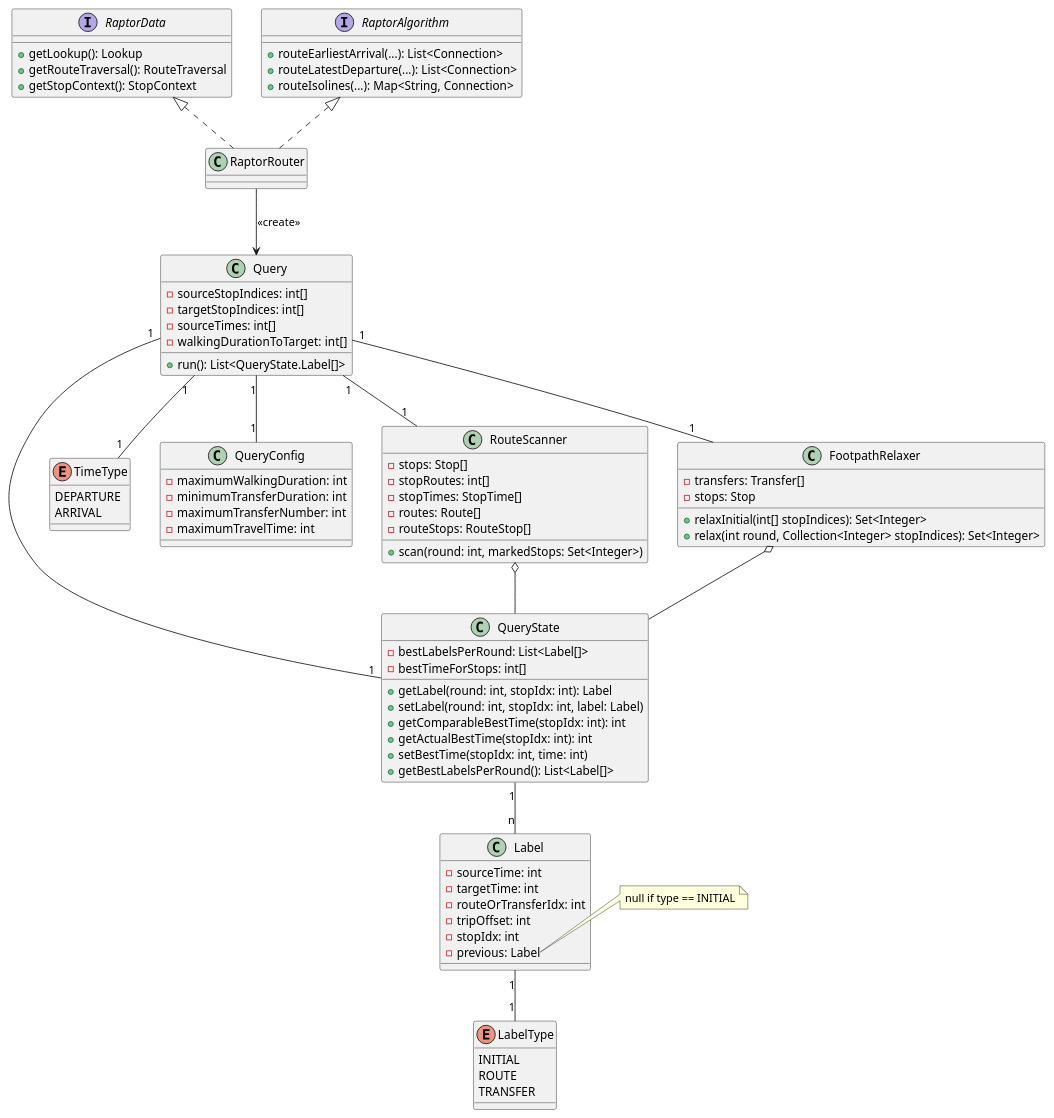
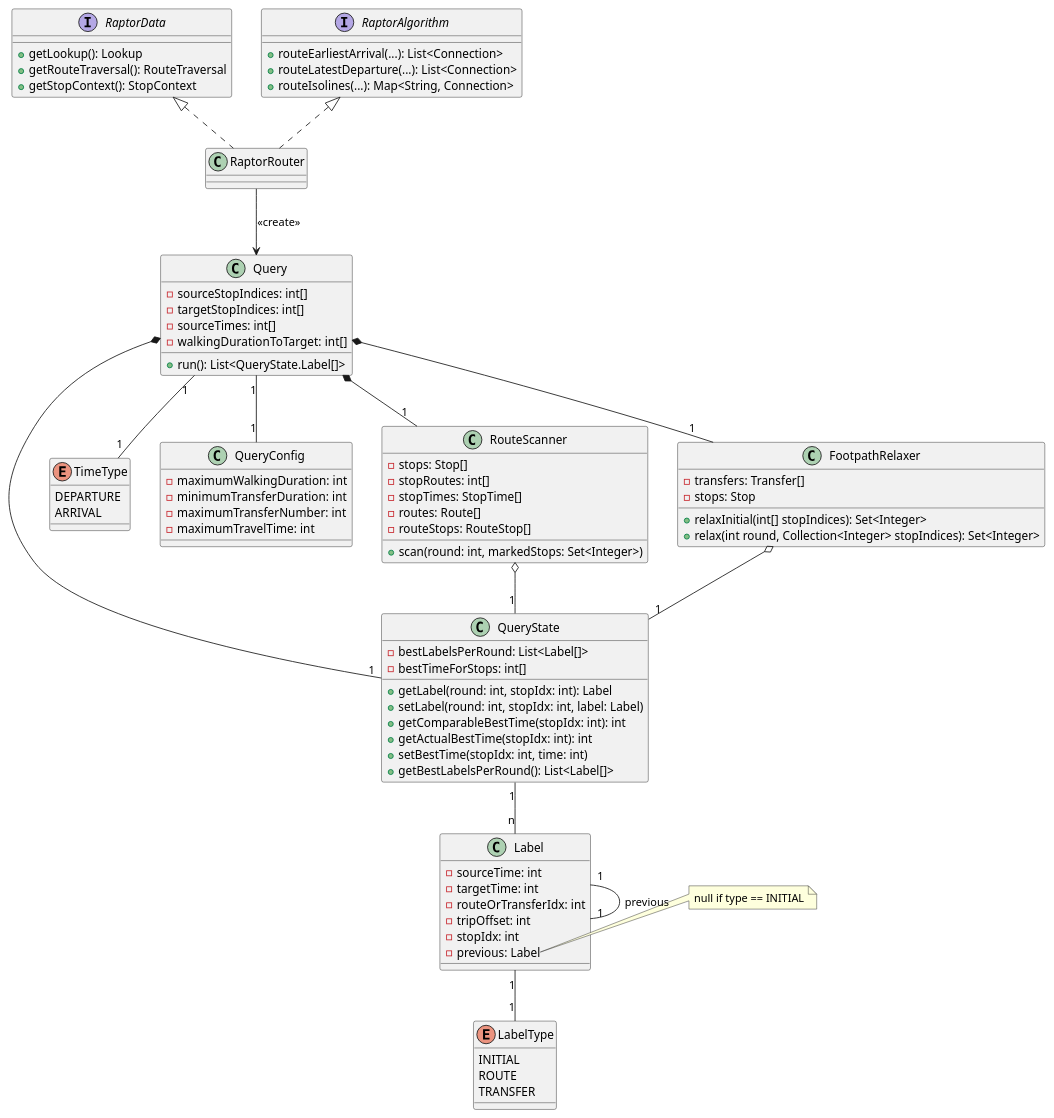
One commit to naviqore/documentation changed the second of 4 diagrams in Writerside/topics/simple-raptor.md. Above: the diagram before and after it, drawn with PlantUML. The commit also changed other lines of this file and 6 other files, not shown here.

````diff
--- a/Writerside/topics/simple-raptor.md
+++ b/Writerside/topics/simple-raptor.md
@@ -252,26 +252,29 @@
     TRANSFER
 }
 
-
 RaptorData <|.. RaptorRouter
 RaptorAlgorithm <|.. RaptorRouter
 
 RaptorRouter --> Query : <<create>>
 
-Query "1" -- "1" QueryState
+Query *-- "1" QueryState
+Query *-- "1" RouteScanner
+Query *-- "1" FootpathRelaxer
+Query "1" -- "1" QueryConfig
 Query "1" -- "1" TimeType
-Query "1" -- "1" QueryConfig
+
 QueryState "1" -- "n" Label
+
+RouteScanner o-- "1" QueryState
+FootpathRelaxer o-- "1" QueryState
+
+Label "1" -- "1" Label : previous
 Label "1" -- "1" LabelType
-Query "1" -- "1" RouteScanner
-Query "1" -- "1" FootpathRelaxer
-
-RouteScanner o-- QueryState
-FootpathRelaxer o-- QueryState
 
 note right of Label::previous
     null if type == INITIAL
 end note
 
 @enduml
+
 ```
````
